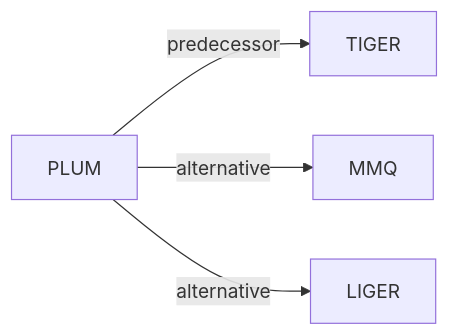
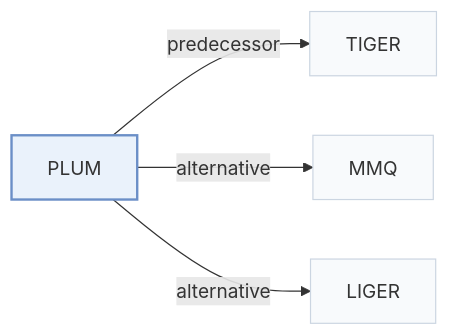
Before and after one commit to Galaxy-ghost/Awesome-SID-Generative-Rec: the second of 2 diagrams in pages/papers/plum.md, drawn with Mermaid. The commit also changed other lines of this file and 649 other files, not shown here.

Commit message:
writer-05: also tags and modality index (schema, check, build, visuals); summary field removed; calibration data for 12 papers

````diff
--- a/pages/papers/plum.md
+++ b/pages/papers/plum.md
@@ -65,7 +72,11 @@
 ```mermaid
 flowchart LR
     P["PLUM"]
-    P -->|predecessor| A["TIGER"]
-    P -->|alternative| B["MMQ"]
-    P -->|alternative| C["LIGER"]
+    P -->|"predecessor"| A["TIGER"]
+    P -->|"alternative"| B["MMQ"]
+    P -->|"alternative"| C["LIGER"]
+    classDef main fill:#eaf2fb,stroke:#6b8fc7,stroke-width:2px
+    classDef peer fill:#f8fafc,stroke:#cbd5e1
+    class P main
+    class A,B,C peer
 ```
````
